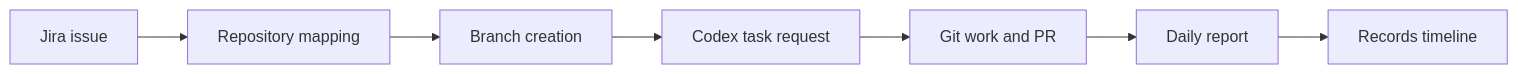
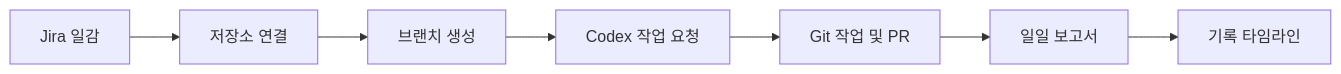
Before and after one commit to MIMminE/devpilot: the first of 2 diagrams in README.md, drawn with Mermaid. The commit also changed other lines of this file, not shown here.

````diff
--- a/README.md
+++ b/README.md
@@ -40,9 +40,9 @@
 ```mermaid
 flowchart LR
-    A["Jira issue"] --> B["Repository mapping"]
-    B --> C["Branch creation"]
-    C --> D["Codex task request"]
-    D --> E["Git work and PR"]
-    E --> F["Daily report"]
-    F --> G["Records timeline"]
+    A["Jira 일감"] --> B["저장소 연결"]
+    B --> C["브랜치 생성"]
+    C --> D["Codex 작업 요청"]
+    D --> E["Git 작업 및 PR"]
+    E --> F["일일 보고서"]
+    F --> G["기록 타임라인"]
 ```
````
